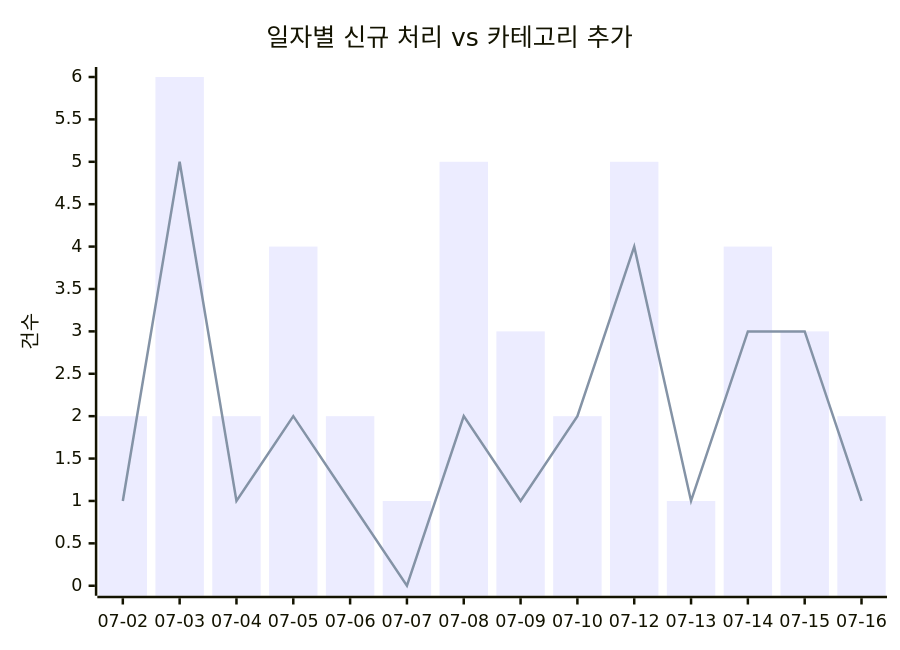
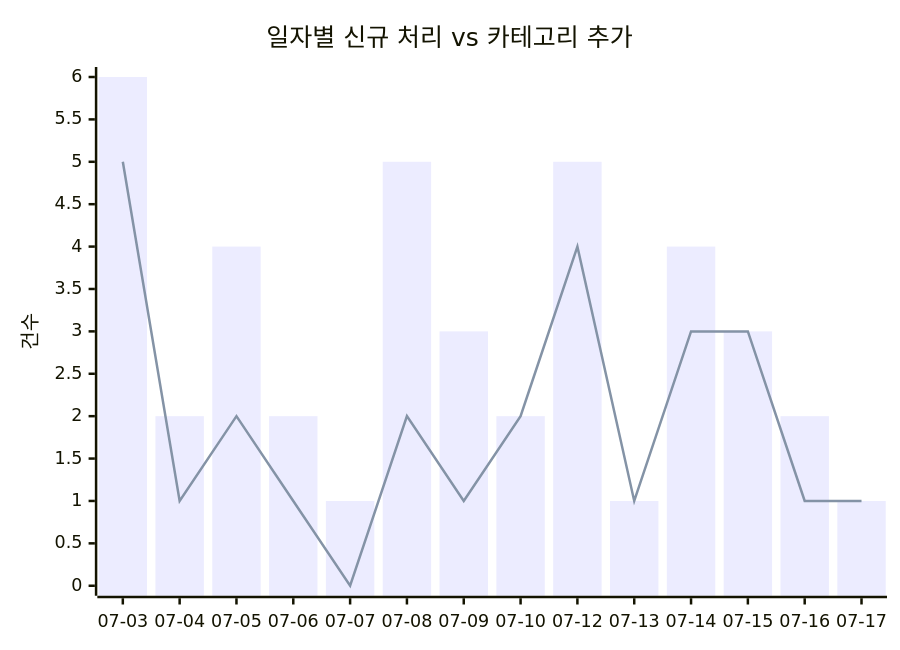
Before and after one commit to J-nowcow/awesome-korean-agent-skills: the first of 2 diagrams in docs/trends.md, drawn with Mermaid. The commit also changed other lines of this file and 4 other files, not shown here.

````diff
--- a/docs/trends.md
+++ b/docs/trends.md
@@ -32,8 +32,8 @@
 ```mermaid
 xychart-beta
     title "일자별 신규 처리 vs 카테고리 추가"
-    x-axis ["07-02","07-03","07-04","07-05","07-06","07-07","07-08","07-09","07-10","07-12","07-13","07-14","07-15","07-16"]
+    x-axis ["07-03","07-04","07-05","07-06","07-07","07-08","07-09","07-10","07-12","07-13","07-14","07-15","07-16","07-17"]
     y-axis "건수"
-    bar [2,6,2,4,2,1,5,3,2,5,1,4,3,2]
-    line [1,5,1,2,1,0,2,1,2,4,1,3,3,1]
+    bar [6,2,4,2,1,5,3,2,5,1,4,3,2,1]
+    line [5,1,2,1,0,2,1,2,4,1,3,3,1,1]
 ```
````
